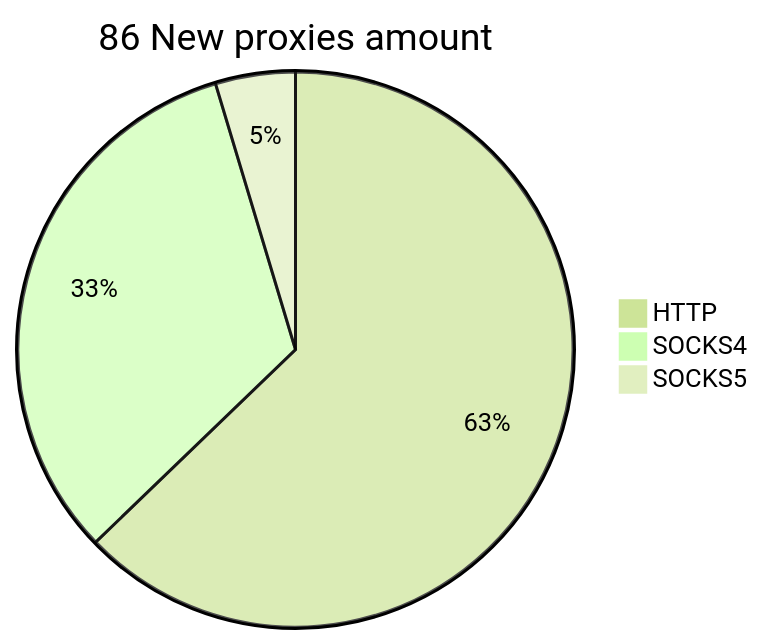
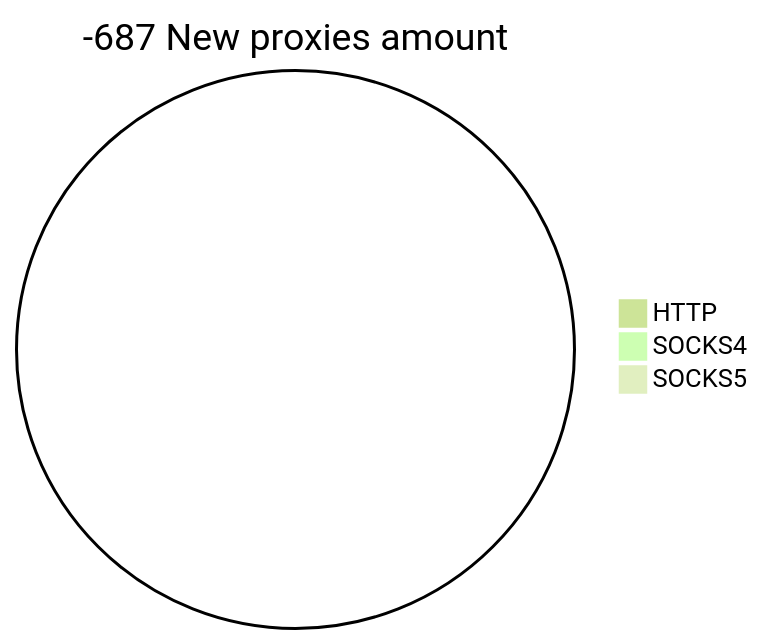
One commit to cutipu/proxylist changed the second of 2 diagrams in README.md. Above: the diagram before and after it, drawn with Mermaid (forest theme). The commit also changed other lines of this file, not shown here.

````diff
--- a/README.md
+++ b/README.md
@@ -10,6 +10,6 @@
 ```mermaid
-pie title 86 New proxies amount
-    "HTTP" : 54
-    "SOCKS4" : 28
-    "SOCKS5" : 4
+pie title -687 New proxies amount
+    "HTTP" : 0
+    "SOCKS4" : 0
+    "SOCKS5" : 0
 ```
````
